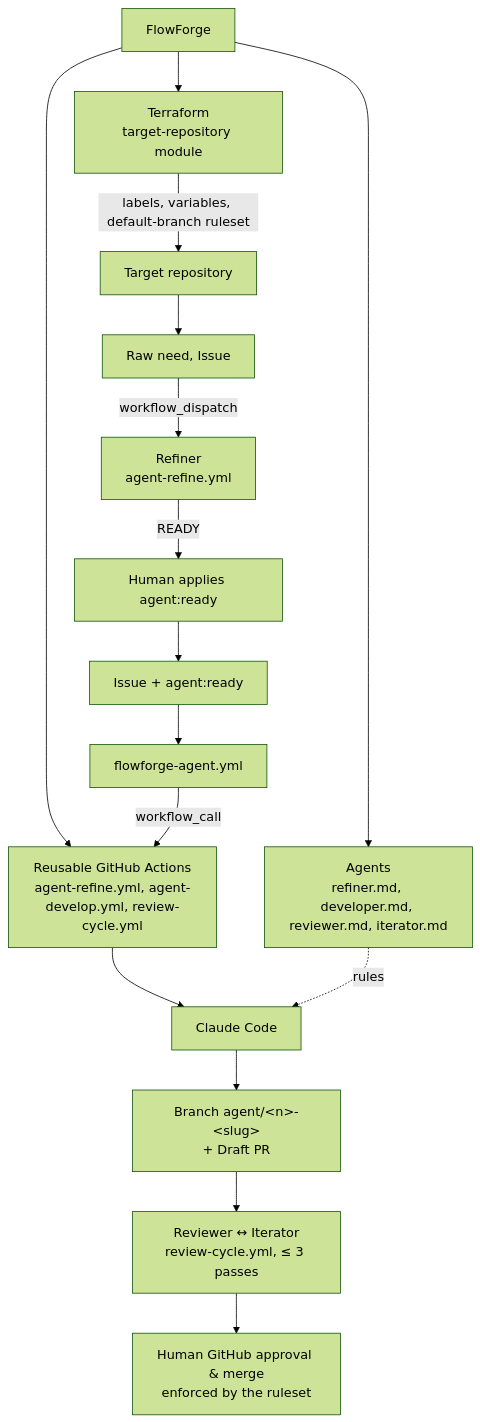
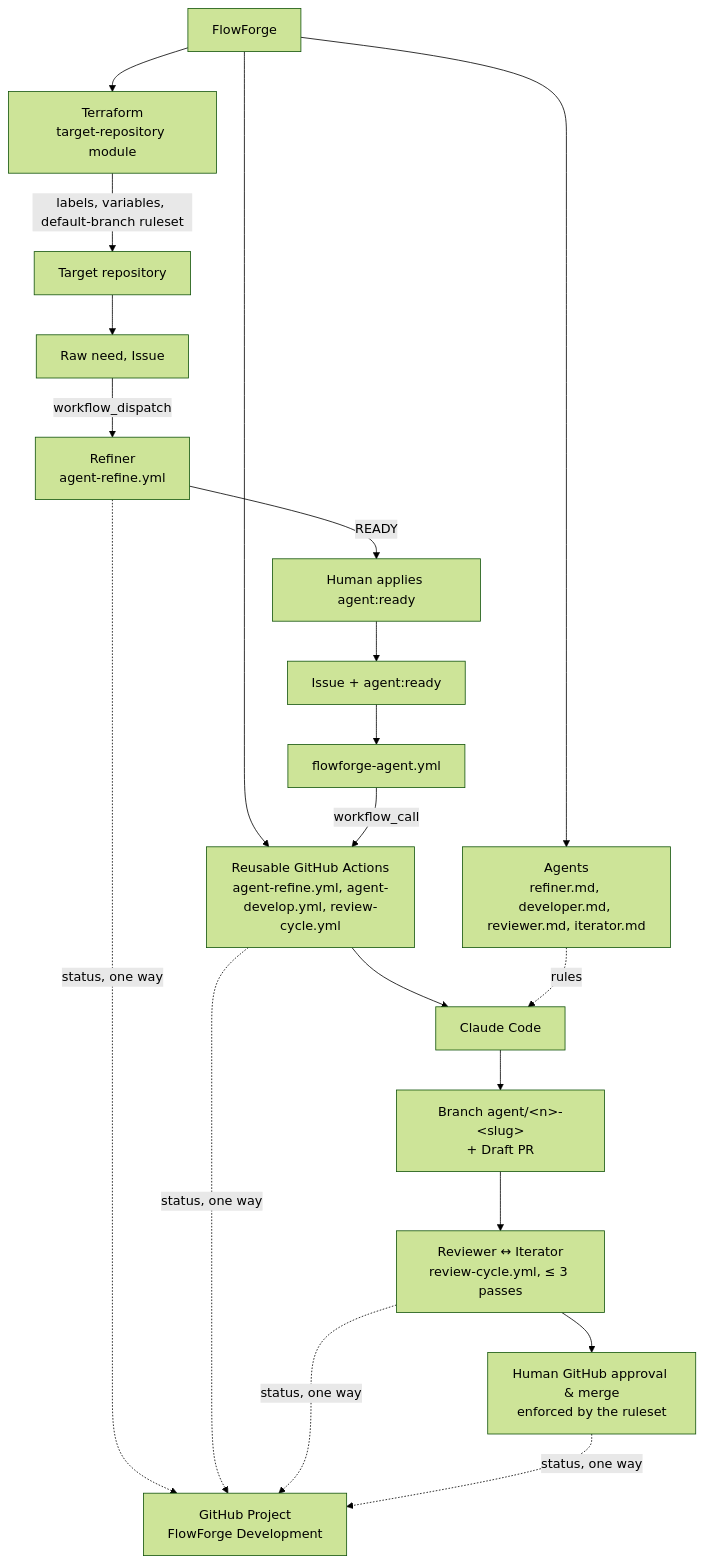
One commit to TiPunchLabs/flowforge changed the diagram in README.md. Above: the diagram before and after it, drawn with Mermaid (forest theme). The commit also changed other lines of this file, not shown here.

First line of the commit message:
docs(readme): refresh status, architecture and layout after Phase 6

````diff
--- a/README.md
+++ b/README.md
@@ -35,19 +35,20 @@
 ```mermaid
 flowchart TD
     FF[FlowForge] --> TF[Terraform<br/>target-repository module]
     FF --> WF[Reusable GitHub Actions<br/>agent-refine.yml, agent-develop.yml, review-cycle.yml]
     FF --> AG[Agents<br/>refiner.md, developer.md, reviewer.md, iterator.md]
 
     TF -- labels, variables, default-branch ruleset --> T[Target repository]
     T --> N[Raw need, Issue]
     N -- workflow_dispatch --> RF[Refiner<br/>agent-refine.yml]
     RF -- READY --> HR[Human applies agent:ready]
     HR --> I[Issue + agent:ready]
     I --> C[flowforge-agent.yml]
     C -- workflow_call --> WF
     WF --> CC[Claude Code]
     AG -.rules.-> CC
     CC --> PR[Branch agent/&lt;n&gt;-&lt;slug&gt;<br/>+ Draft PR]
     PR --> RC[Reviewer ↔ Iterator<br/>review-cycle.yml, ≤ 3 passes]
     RC --> H[Human GitHub approval & merge<br/>enforced by the ruleset]
+    RF & WF & RC & H -. status, one way .-> GP[GitHub Project<br/>FlowForge Development]
 ```
````
